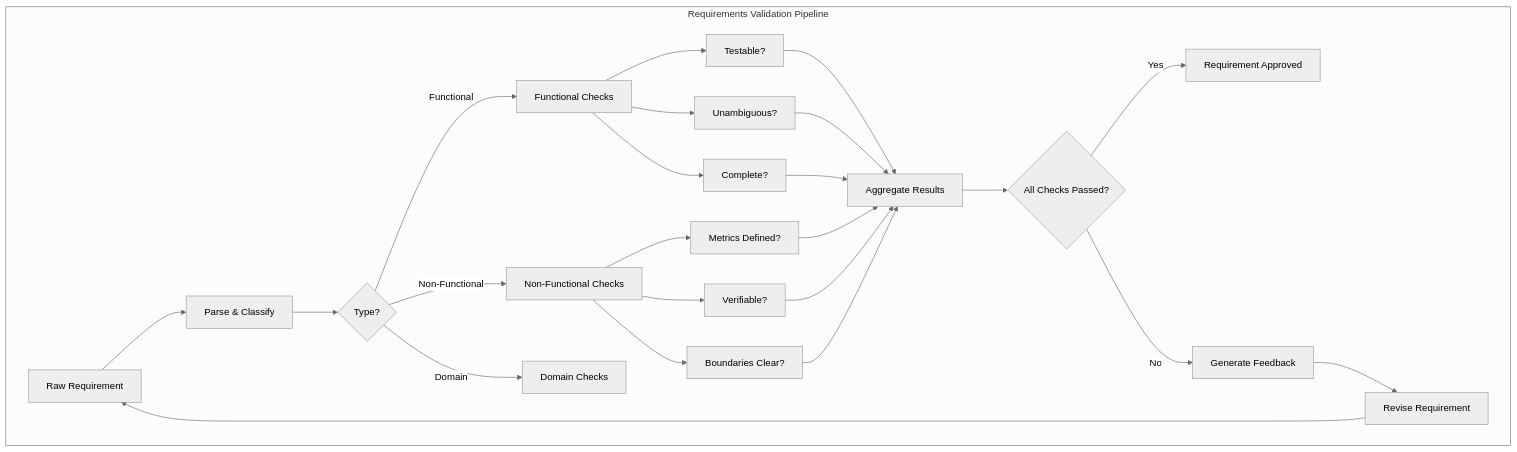
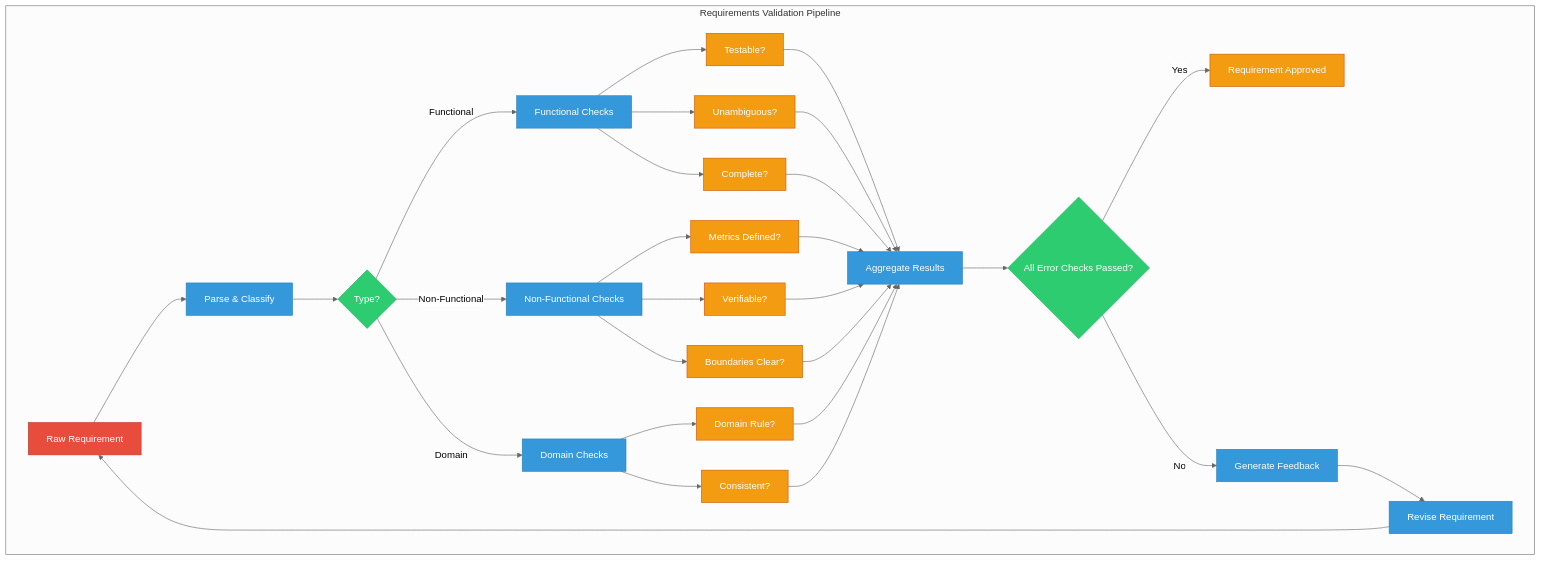
Before and after one commit to Raushan666java/ai-engineering-journey: the sixth of 6 diagrams in docs/courses/software-engineering/02-requirements.md, drawn with Mermaid (neutral theme). The commit also changed other lines of this file and 15 other files, not shown here.

Commit message:
deploy: software-engineering overhaul - 16 chapters expanded to avg 1284L (+7649L), richer Mermaid, more TS, deeper content

````diff
--- a/docs/courses/software-engineering/02-requirements.md
+++ b/docs/courses/software-engineering/02-requirements.md
@@ -674,31 +1001,46 @@
 ```mermaid
 graph TD
     subgraph "Requirements Validation Pipeline"
         RAW[Raw Requirement] --> PARSE[Parse & Classify]
         PARSE --> TYPE{Type?}
         TYPE -->|Functional| FCHECKS[Functional Checks]
         TYPE -->|Non-Functional| NFCHECKS[Non-Functional Checks]
         TYPE -->|Domain| DCHECKS[Domain Checks]
         
         FCHECKS --> T1[Testable?]
         FCHECKS --> T2[Unambiguous?]
         FCHECKS --> T3[Complete?]
         
         NFCHECKS --> T4[Metrics Defined?]
         NFCHECKS --> T5[Verifiable?]
         NFCHECKS --> T6[Boundaries Clear?]
         
+        DCHECKS --> T7[Domain Rule?]
+        DCHECKS --> T8[Consistent?]
+        
         T1 --> AGG[Aggregate Results]
         T2 --> AGG
         T3 --> AGG
         T4 --> AGG
         T5 --> AGG
         T6 --> AGG
+        T7 --> AGG
+        T8 --> AGG
         
-        AGG --> PASSED{All Checks Passed?}
+        AGG --> PASSED{All Error Checks Passed?}
         PASSED -->|Yes| APPROVED[Requirement Approved]
         PASSED -->|No| FEEDBACK[Generate Feedback]
         FEEDBACK --> REVISE[Revise Requirement]
         REVISE --> RAW
     end
+
+    classDef raw fill:#e74c3c,stroke:#c0392b,color:#fff
+    classDef proc fill:#3498db,stroke:#2980b9,color:#fff
+    classDef check fill:#f39c12,stroke:#d35400,color:#fff
+    classDef decision fill:#2ecc71,stroke:#27ae60,color:#fff
+    class RAW raw
+    class PARSE,FCHECKS,NFCHECKS,DCHECKS,AGG,FEEDBACK,REVISE proc
+    class TYPE,PASSED decision
+    class T1,T2,T3,T4,T5,T6,T7,T8 check
+    class APPROVED check
 ```
````
